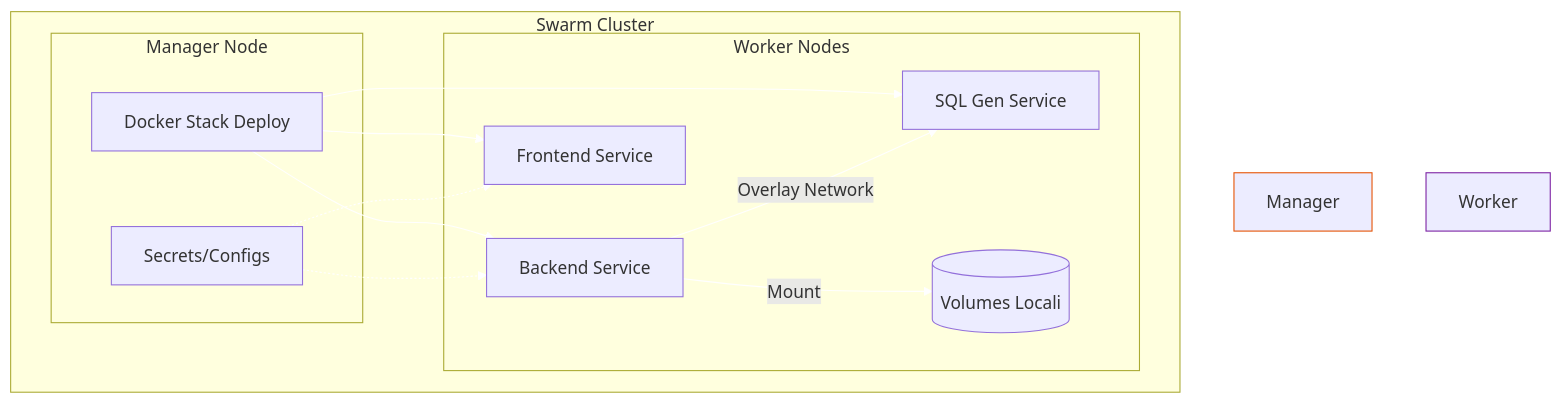
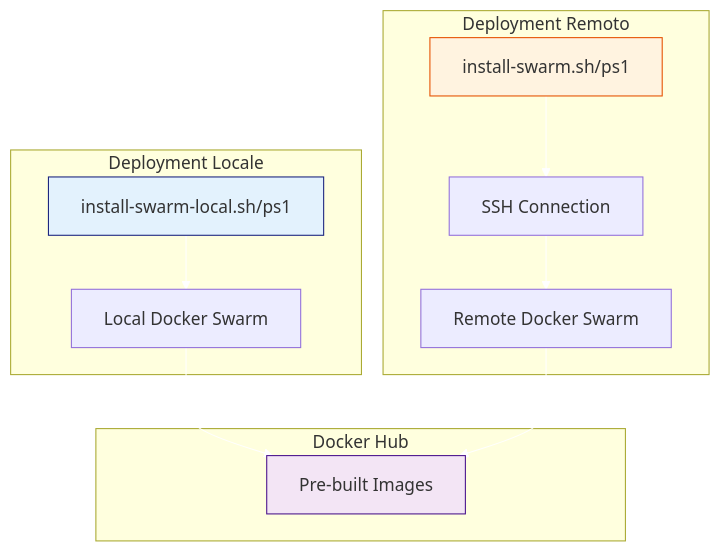
One commit to mptyl/ThothAI changed the diagram in docs/thothai_install/DOCKER_SWARM_INSTALLATION_IT.md. Above: the diagram before and after it, drawn with Mermaid. The commit also changed other lines of this file and 26 other files, not shown here.

Commit message:
feat: Introduce local Docker Swarm installation and management scripts, update Dockerfiles and configurations, and refine API client base URL handling.

````diff
--- a/docs/thothai_install/DOCKER_SWARM_INSTALLATION_IT.md
+++ b/docs/thothai_install/DOCKER_SWARM_INSTALLATION_IT.md
@@ -18,28 +53,27 @@
 ```mermaid
 graph TB
-    subgraph Swarm Cluster
-        subgraph Manager Node
-            Stack[Docker Stack Deploy]
-            Secrets[Secrets/Configs]
-        end
-        
-        subgraph Worker Nodes
-            BE[Backend Service]
-            FE[Frontend Service]
-            SQL[SQL Gen Service]
-            DB[(Volumes Locali)]
-        end
+    subgraph "Deployment Locale"
+        Local[install-swarm-local.sh/ps1]
+        LocalSwarm[Local Docker Swarm]
+        Local --> LocalSwarm
     end
+    
+    subgraph "Deployment Remoto"
+        Remote[install-swarm.sh/ps1]
+        SSH[SSH Connection]
+        RemoteSwarm[Remote Docker Swarm]
+        Remote --> SSH --> RemoteSwarm
+    end
+    
+    subgraph Docker Hub
+        Images[Pre-built Images]
+    end
+    
+    LocalSwarm --> Images
+    RemoteSwarm --> Images
 
-    Stack --> BE
-    Stack --> FE
-    Stack --> SQL
-    Secrets -.-> BE
-    Secrets -.-> FE
-    BE -- "Overlay Network" --> SQL
-    BE -- "Mount" --> DB
-
-    style Manager Node fill:#fff3e0,stroke:#e65100
-    style Worker Nodes fill:#f3e5f5,stroke:#7b1fa2
+    style Local fill:#e3f2fd,stroke:#1a237e
+    style Remote fill:#fff3e0,stroke:#e65100
+    style Images fill:#f3e5f5,stroke:#4a148c
     linkStyle default stroke:#fff,stroke-width:1px;
 ```
````
